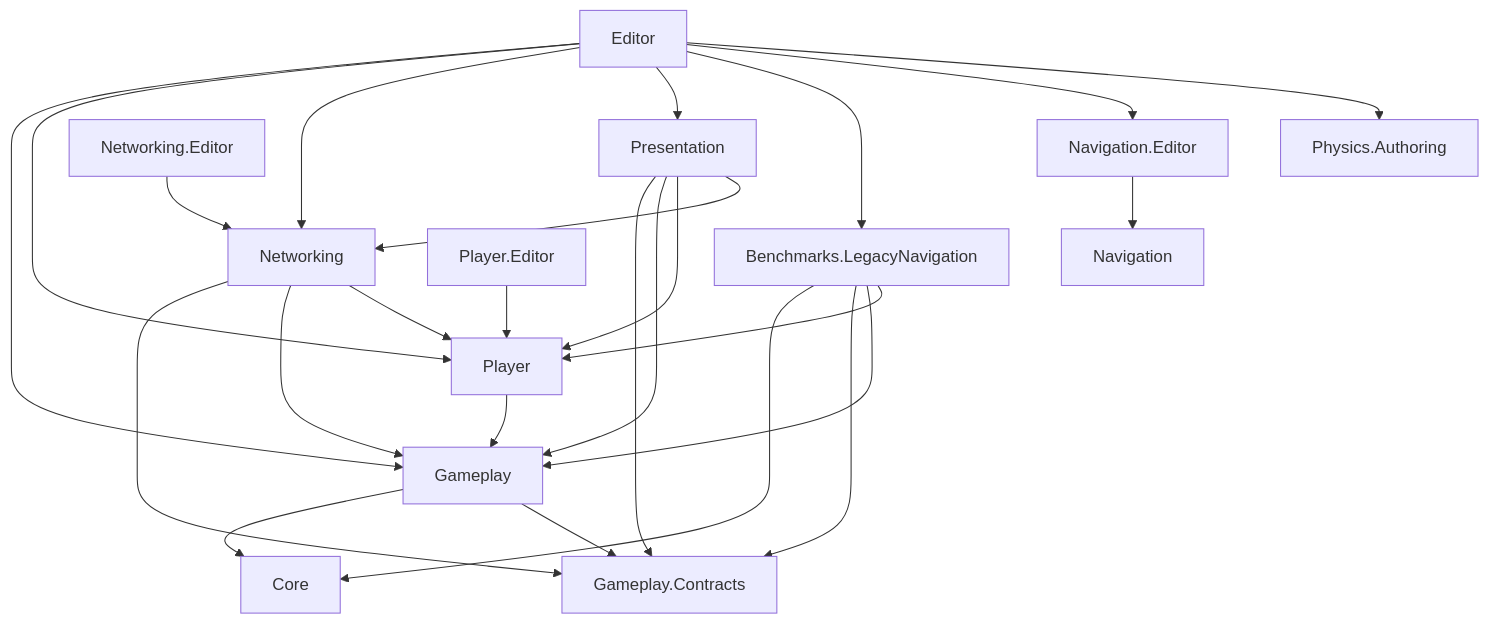
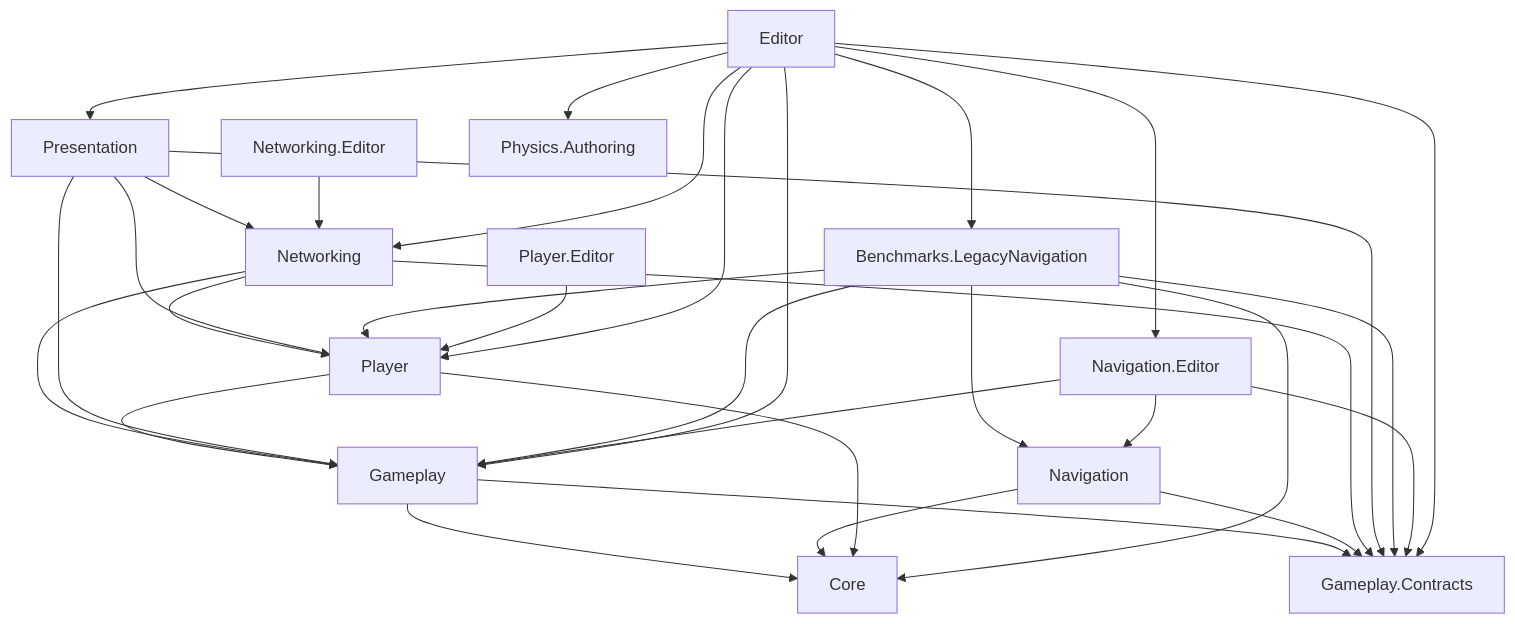
One commit to mcaswen/AnimarsCatcher changed the diagram in docs/Architecture/19_AssemblyMigrationPhaseSevenFinalTightening.md. Above: the diagram before and after it, drawn with Mermaid. The commit also changed other lines of this file and 33 other files, not shown here.

````diff
--- a/docs/Architecture/19_AssemblyMigrationPhaseSevenFinalTightening.md
+++ b/docs/Architecture/19_AssemblyMigrationPhaseSevenFinalTightening.md
@@ -477,44 +477,51 @@
 ```mermaid
 flowchart TD
     Core[Core]
     Contracts[Gameplay.Contracts]
     Gameplay[Gameplay]
     Navigation[Navigation]
     Player[Player]
     Networking[Networking]
     Presentation[Presentation]
     Legacy[Benchmarks.LegacyNavigation]
     NavEditor[Navigation.Editor]
     NetEditor[Networking.Editor]
     PlayerEditor[Player.Editor]
     Physics[Physics.Authoring]
     ProjectEditor[Editor]
 
     Gameplay --> Core
     Gameplay --> Contracts
+    Navigation --> Core
+    Navigation --> Contracts
+    Player --> Core
     Player --> Gameplay
     Networking --> Contracts
     Networking --> Gameplay
     Networking --> Player
     Presentation --> Contracts
     Presentation --> Gameplay
     Presentation --> Player
     Presentation --> Networking
 
     Legacy --> Core
     Legacy --> Contracts
     Legacy --> Gameplay
+    Legacy --> Navigation
     Legacy --> Player
 
     NavEditor --> Navigation
+    NavEditor --> Gameplay
+    NavEditor --> Contracts
     NetEditor --> Networking
     PlayerEditor --> Player
 
     ProjectEditor --> Gameplay
+    ProjectEditor --> Contracts
     ProjectEditor --> Player
     ProjectEditor --> Networking
     ProjectEditor --> Presentation
     ProjectEditor --> Legacy
     ProjectEditor --> NavEditor
     ProjectEditor --> Physics
 ```
````
